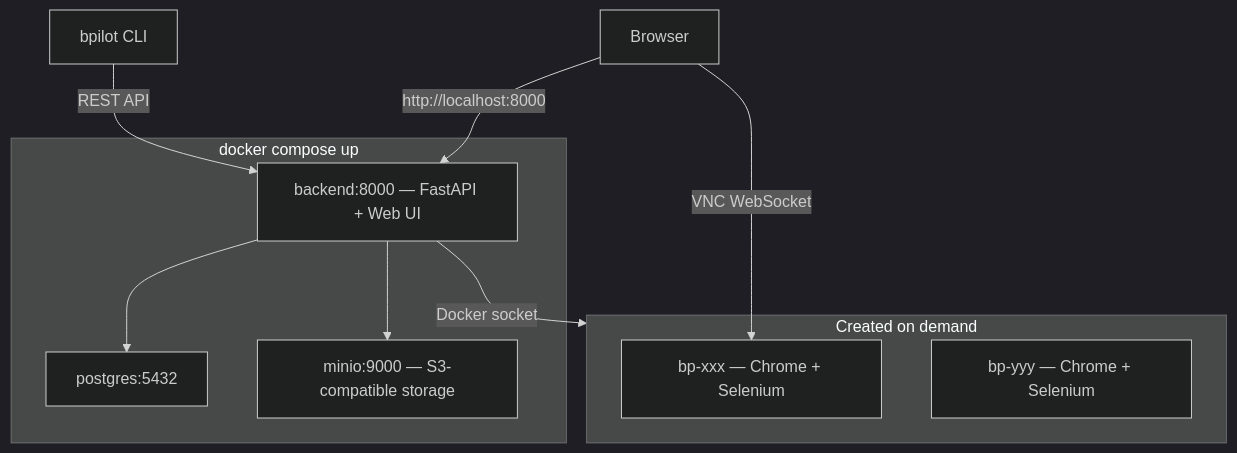
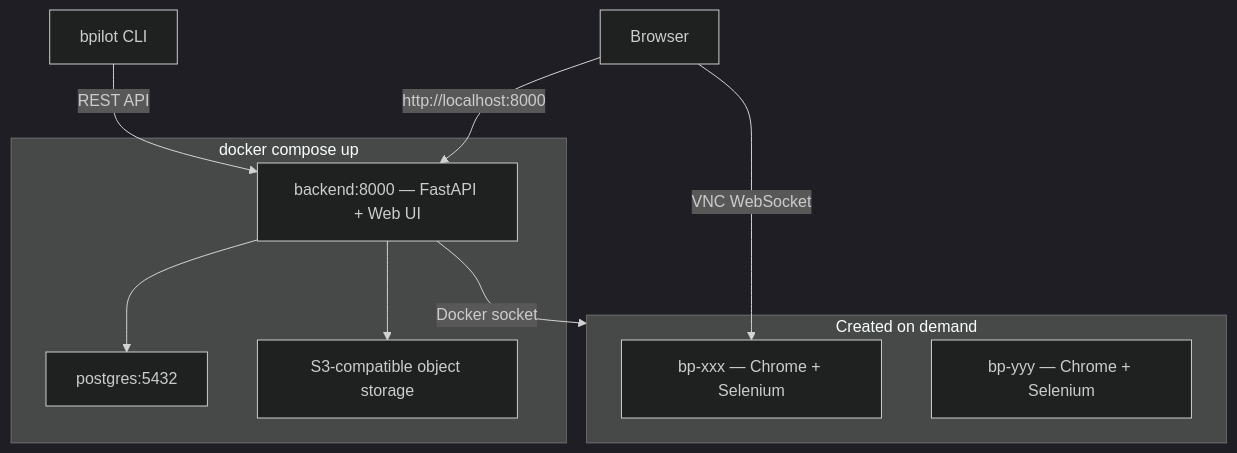
Before and after one commit to NoDeskAI/browser-pilot: the diagram in README.md, drawn with Mermaid (dark theme). The commit also changed other lines of this file and 12 other files, not shown here.

Commit message:
refactor(storage): 去除应用层 MinIO 专属语义

````diff
--- a/README.md
+++ b/README.md
@@ -68,18 +68,18 @@
 ```mermaid
 graph TB
   subgraph compose ["docker compose up"]
     Backend["backend:8000 — FastAPI + Web UI"]
     Postgres["postgres:5432"]
-    MinIO["minio:9000 — S3-compatible storage"]
+    ObjectStore["S3-compatible object storage"]
   end
   subgraph dynamic ["Created on demand"]
     B1["bp-xxx — Chrome + Selenium"]
     B2["bp-yyy — Chrome + Selenium"]
   end
   User["Browser"] -->|"http://localhost:8000"| Backend
   User -->|"VNC WebSocket"| B1
   CLI["bpilot CLI"] -->|"REST API"| Backend
   Backend -->|"Docker socket"| dynamic
   Backend --> Postgres
-  Backend --> MinIO
+  Backend --> ObjectStore
 ```
````
